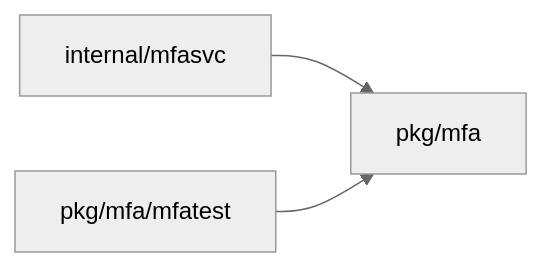
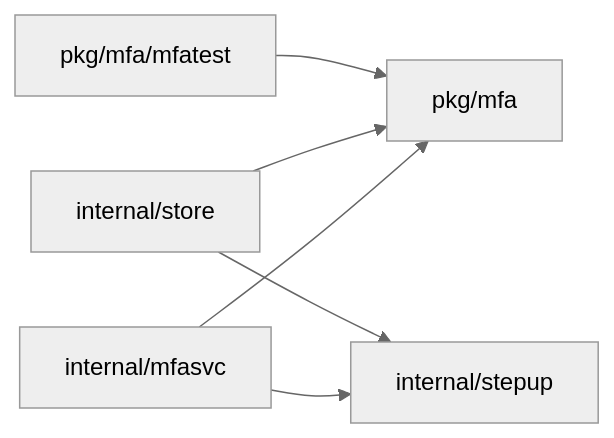
One commit to OpenDustpan/OpenDustpan changed the second of 4 diagrams in openspec/changes/mfa/design.md. Above: the diagram before and after it, drawn with Mermaid (neutral theme). The commit also changed other lines of this file and 3 other files, not shown here.

````diff
--- a/openspec/changes/mfa/design.md
+++ b/openspec/changes/mfa/design.md
@@ -41,8 +47,13 @@
 ```mermaid
 flowchart LR
 P1[pkg/mfa]
 P2[internal/mfasvc]
 P3[pkg/mfa/mfatest]
+P4[internal/stepup]
+P5[internal/store]
 P2 --> P1
+P2 --> P4
+P5 --> P1
+P5 --> P4
 P3 --> P1
 ```
````
